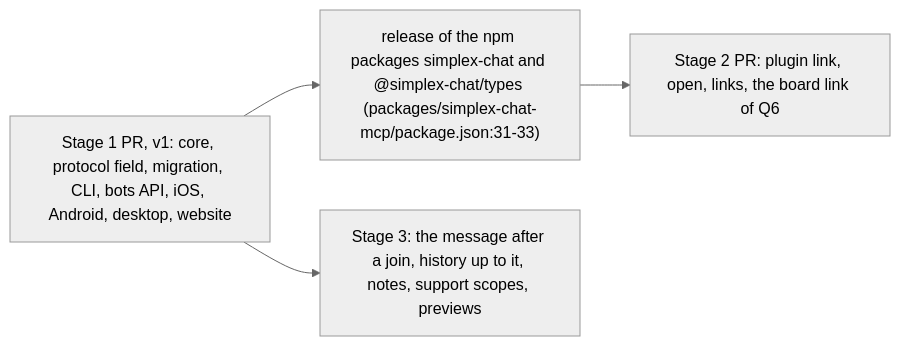
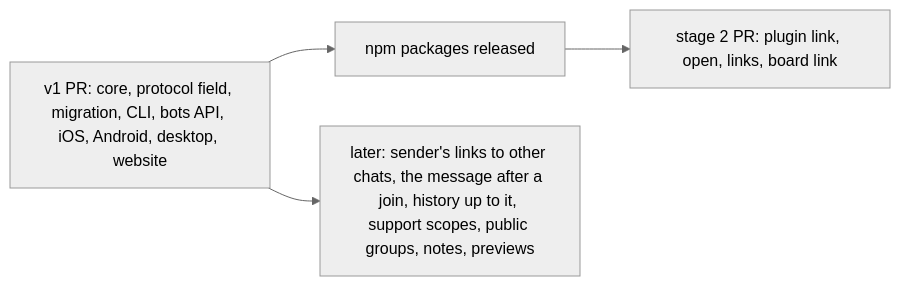
Before and after one commit to evgeny-simplex/simplex-chat: the sixth of 6 diagrams in plans/2026-11-22-message-references.md, drawn with Mermaid (neutral theme). The commit also changed other lines of this file, not shown here.

Commit message:
core: plan short texts and same-chat references in link maps

````diff
--- a/plans/2026-11-22-message-references.md
+++ b/plans/2026-11-22-message-references.md
@@ -462,6 +539,6 @@
 ```mermaid
 flowchart LR
-  S1["Stage 1 PR, v1: core, protocol field, migration, CLI, bots API, iOS, Android, desktop, website"] --> R["release of the npm packages simplex-chat and @simplex-chat/types (packages/simplex-chat-mcp/package.json:31-33)"]
-  R --> S2["Stage 2 PR: plugin link, open, links, the board link of Q6"]
-  S1 --> S3["Stage 3: the message after a join, history up to it, notes, support scopes, previews"]
+  S1["v1 PR: core, protocol field, migration, CLI, bots API, iOS, Android, desktop, website"] --> R["npm packages released"]
+  R --> S2["stage 2 PR: plugin link, open, links, board link"]
+  S1 --> S3["later: sender's links to other chats, the message after a join, history up to it, support scopes, public groups, notes, previews"]
 ```
````
